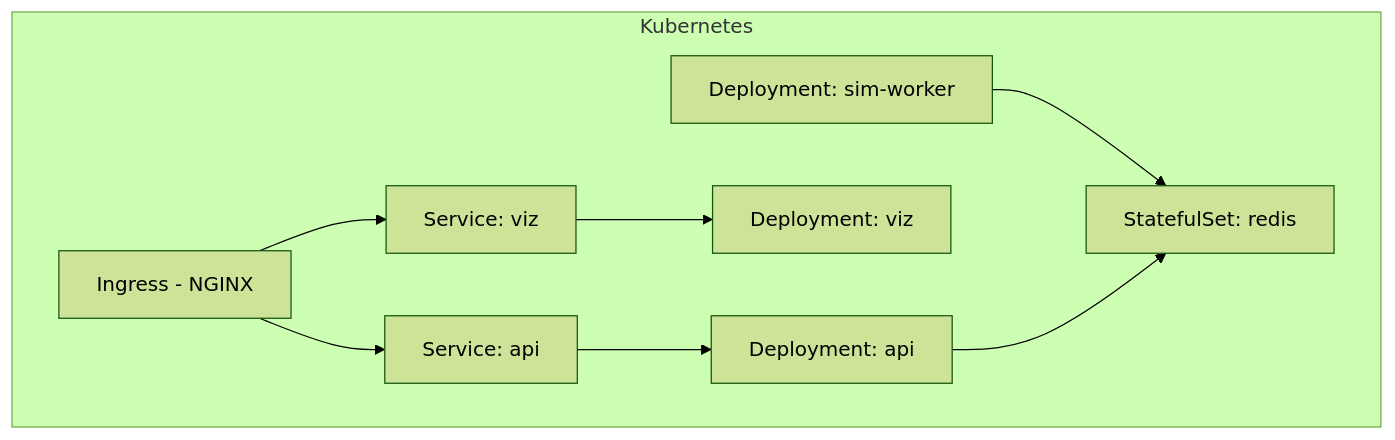
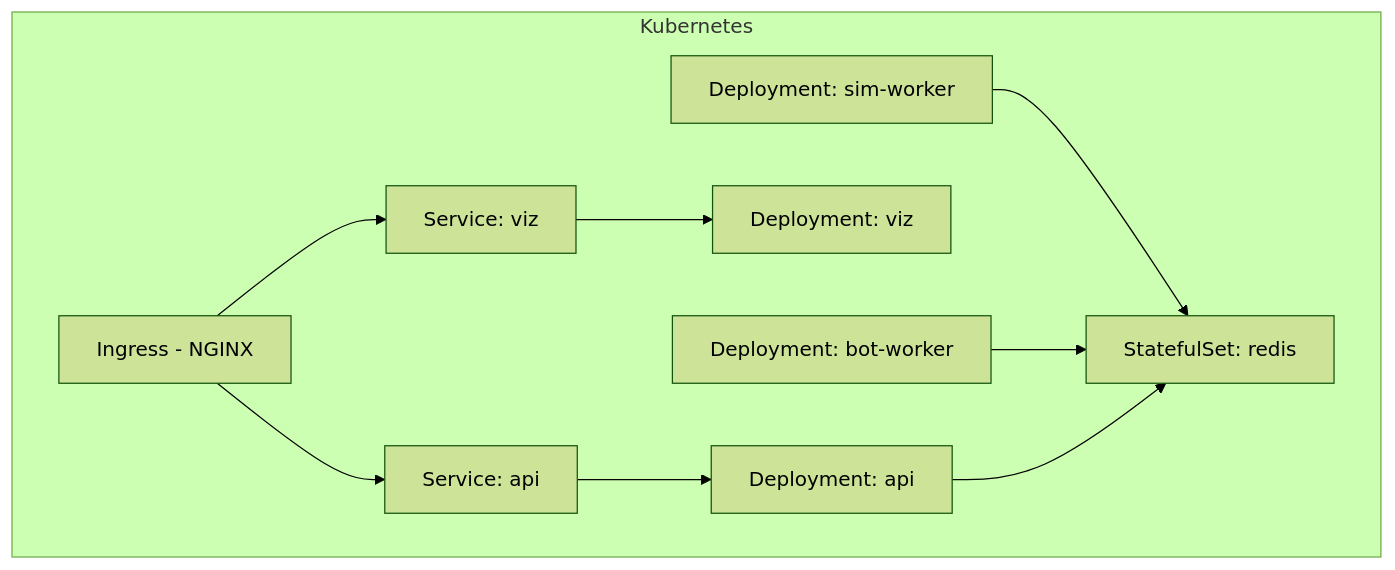
The second of 3 diagrams in README.md (jseketa-fipu/sector), drawn with Mermaid (forest theme) before and after one commit. The commit also changed other lines of this file, not shown here.

````diff
--- a/README.md
+++ b/README.md
@@ -93,17 +144,19 @@
 ```mermaid
 flowchart TB
   subgraph Kubernetes
     INGRESS[Ingress - NGINX]
     API_SVC[Service: api]
     VIZ_SVC[Service: viz]
     API_POD[Deployment: api]
     VIZ_POD[Deployment: viz]
     WORKER_POD[Deployment: sim-worker]
+    BOT_POD[Deployment: bot-worker]
     REDIS_POD[StatefulSet: redis]
   end
 
   INGRESS --> API_SVC --> API_POD
   INGRESS --> VIZ_SVC --> VIZ_POD
   WORKER_POD --> REDIS_POD
+  BOT_POD --> REDIS_POD
   API_POD --> REDIS_POD
 ```
````
